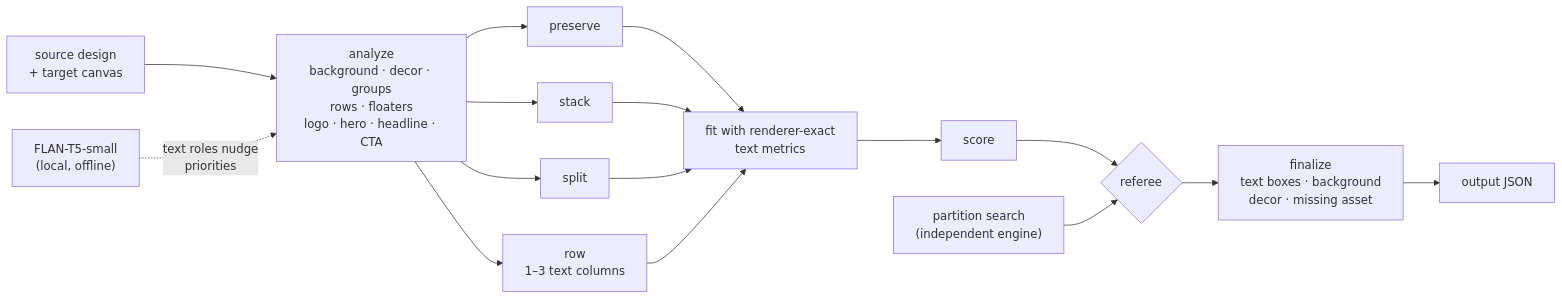
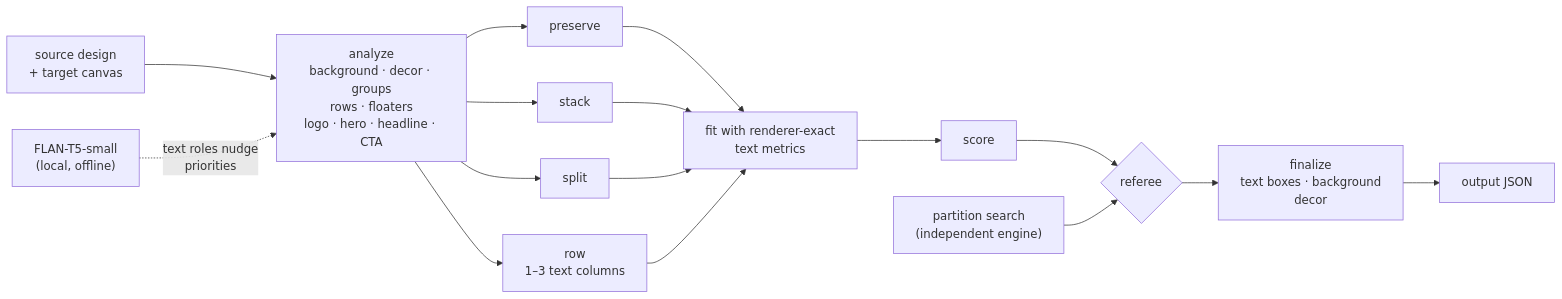
Before and after one commit to justacoderq/chameleon-main: the first of 3 diagrams in README.md, drawn with Mermaid. The commit also changed other lines of this file and 2 other files, not shown here.

````diff
--- a/README.md
+++ b/README.md
@@ -29,12 +29,12 @@
 ```mermaid
 flowchart LR
     S["source design<br/>+ target canvas"] --> A["analyze<br/>background · decor · groups<br/>rows · floaters<br/>logo · hero · headline · CTA"]
     M["FLAN-T5-small<br/>(local, offline)"] -. "text roles nudge<br/>priorities" .-> A
     A --> P1["preserve"] & P2["stack"] & P3["split"] & P4["row<br/>1–3 text columns"]
     P1 & P2 & P3 & P4 --> F["fit with renderer-exact<br/>text metrics"]
     F --> SC["score"]
     SC --> R{"referee"}
     PS["partition search<br/>(independent engine)"] --> R
-    R --> Z["finalize<br/>text boxes · background<br/>decor · missing asset"]
+    R --> Z["finalize<br/>text boxes · background<br/>decor"]
     Z --> O["output JSON"]
 ```
````
